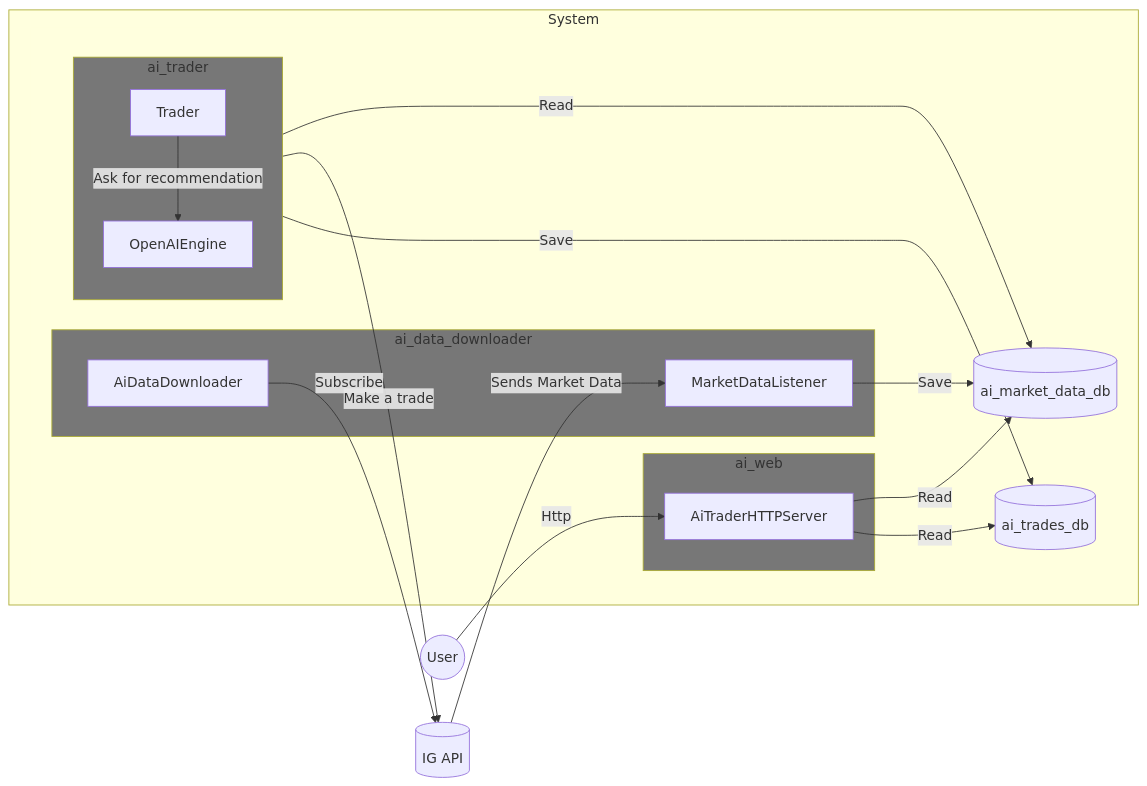
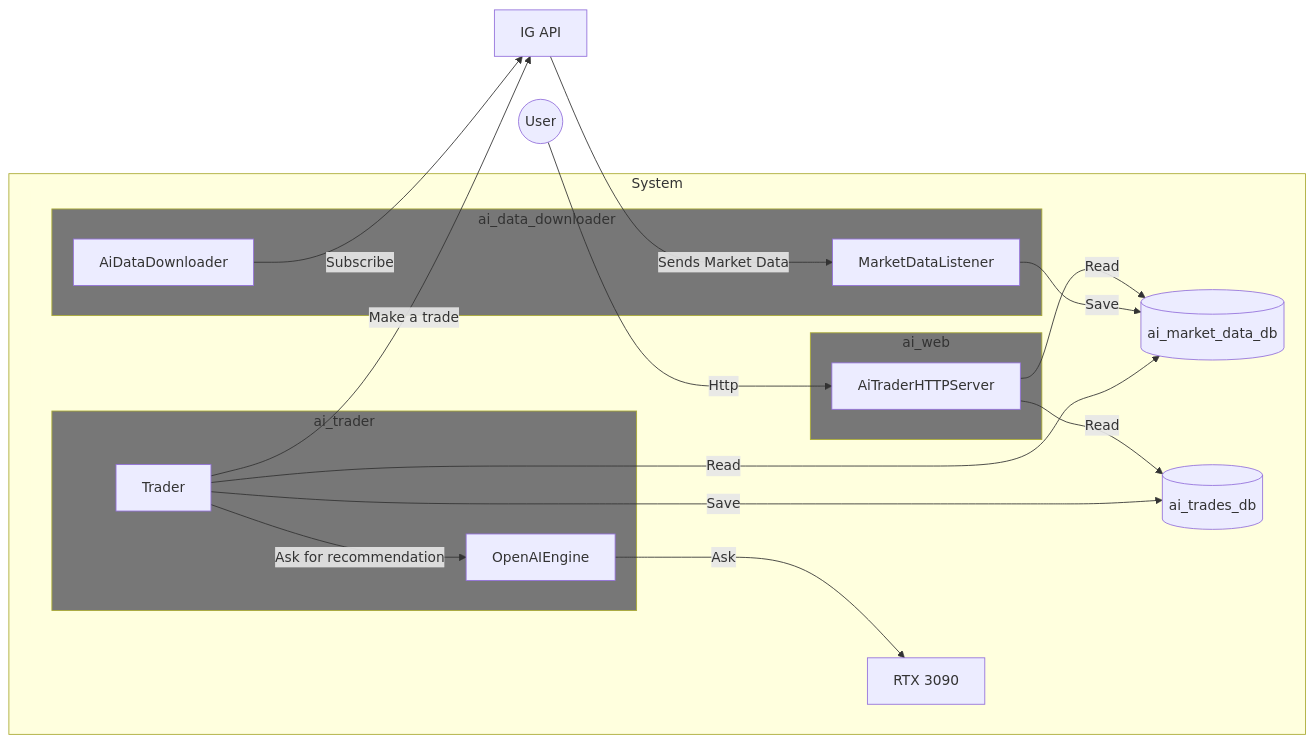
Before and after one commit to antonioalonzi/aitrade: the diagram in README.md, drawn with Mermaid.

Commit message:
improve design drawing

````diff
--- a/README.md
+++ b/README.md
@@ -5,47 +5,51 @@
 ```mermaid
 flowchart LR
+
+    User(("User"))
+    
     subgraph System
+        
+    
         subgraph Apps
             subgraph ai_data_downloader
                 AiDataDownloader
                 MarketDataListener
             end
             
             subgraph ai_trader [ai_trader]
-                direction TB
                 Trader
                 OpenAIEngine
             end
             
             subgraph ai_web [ai_web]
                 AiTraderHTTPServer
             end
         end
         
         ai_market_data_db[(ai_market_data_db)]
         ai_trades_db[(ai_trades_db)]
+        GPU[RTX 3090]
     end
 
-    %% External
-    User(("User"))
-    IG[(IG API)]
+    IG[IG API]
 
     %% Flow Rules
     User -->|Http| AiTraderHTTPServer
     AiTraderHTTPServer -->|Read| ai_market_data_db
     AiTraderHTTPServer -->|Read| ai_trades_db
 
     AiDataDownloader -->|Subscribe| IG 
     IG -->|Sends Market Data| MarketDataListener
     MarketDataListener -->|Save| ai_market_data_db
 
     Trader -->|Read| ai_market_data_db
     Trader -->|Ask for recommendation| OpenAIEngine
+    OpenAIEngine -->|Ask| GPU
     Trader -->|Make a trade| IG
     Trader -->|Save| ai_trades_db
     
     style Apps stroke-width:0, color:transparent
     style ai_data_downloader fill:#777777
     style ai_trader fill:#777777
     style ai_web fill:#777777
 ```
````
